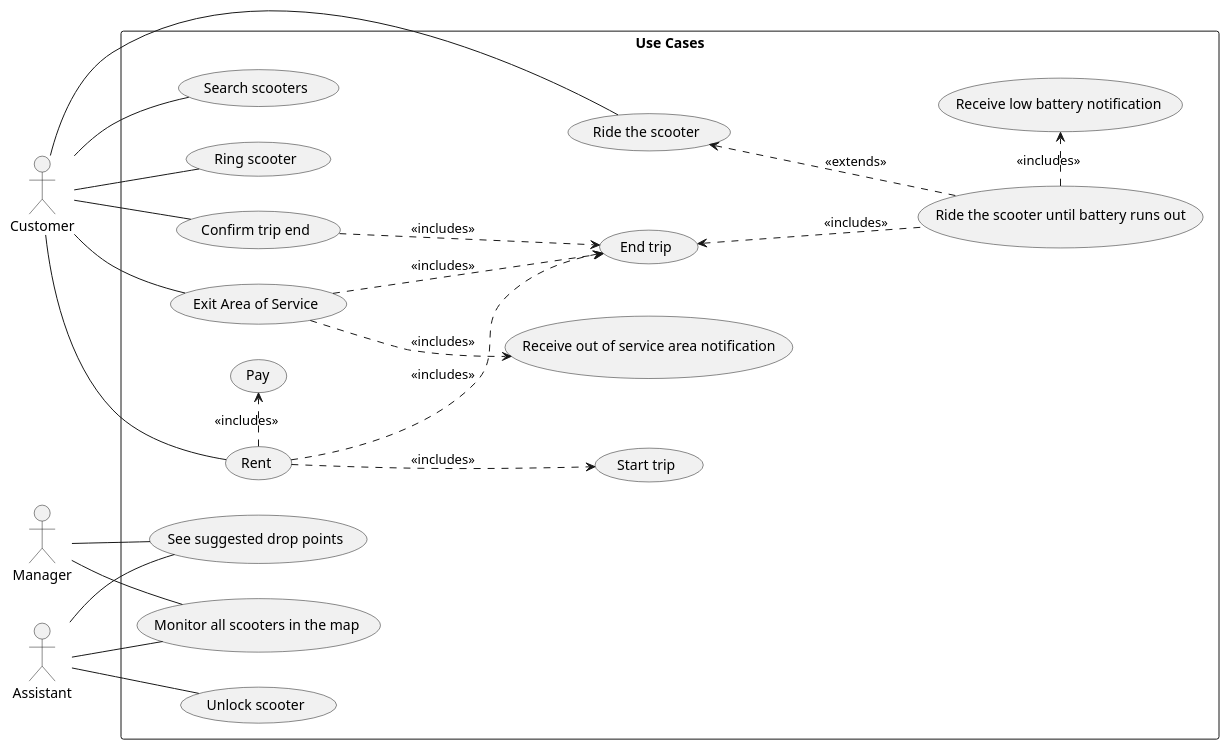
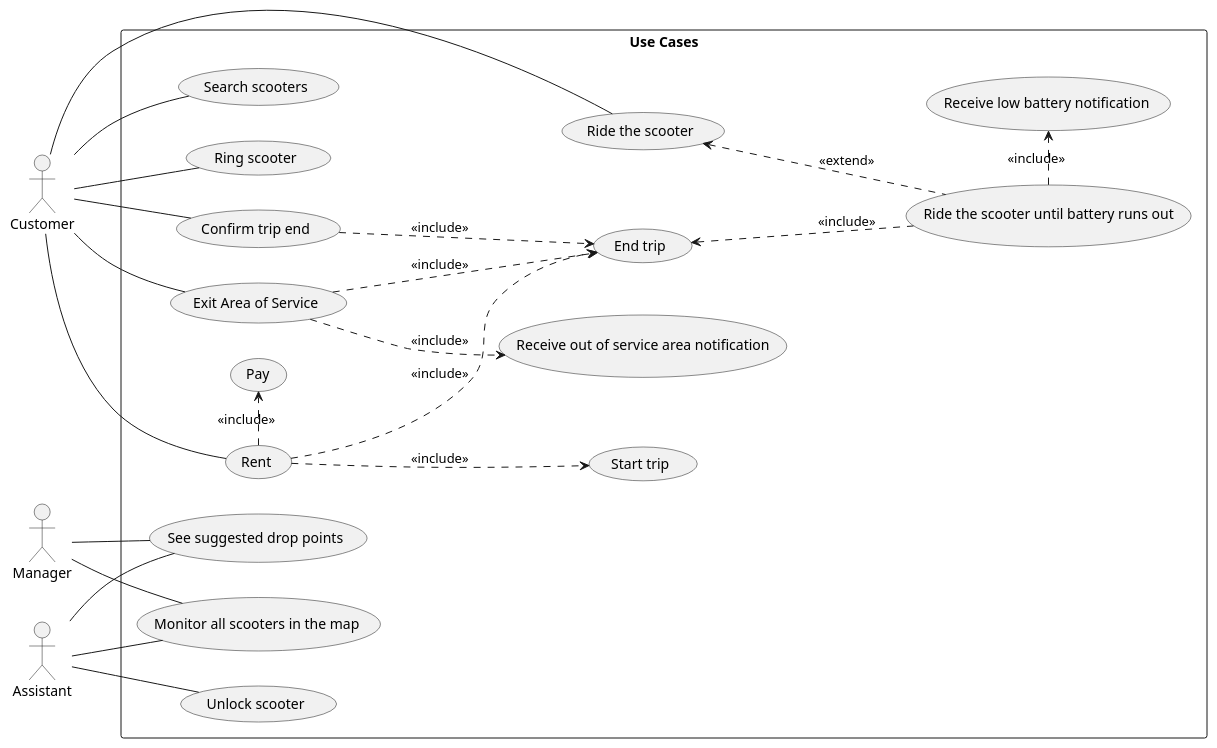
One commit to e-scooter-2077/documentation changed the first of 2 diagrams in Use Cases.md. Above: the diagram before and after it, drawn with PlantUML.

Commit message:
Fix stereotypes

````diff
--- a/Use Cases.md
+++ b/Use Cases.md
@@ -43,48 +43,48 @@
 ```plantuml
 @startuml
 left to right direction
 actor "Customer" as c
 actor "Manager" as m
 actor "Assistant" as a
 rectangle "Use Cases" {
     usecase "Rent" as rent
     usecase "Pay" as pay
     usecase "Search scooters" as search 
     usecase "Ring scooter" as ring
     usecase "Unlock scooter" as unlock
     usecase "Start trip" as start_trip
     usecase "Confirm trip end" as confirm_end
     usecase "End trip" as end_trip
     usecase "Exit Area of Service" as exit_area
     usecase "Ride the scooter" as ride
     usecase "Ride the scooter until battery runs out" as ride_lot
     usecase "Receive low battery notification" as battery_notification
     usecase "Receive out of service area notification" as area_notification
     usecase "Monitor all scooters in the map" as monitor
     usecase "See suggested drop points" as see_points
 
-    confirm_end .down.> end_trip : <<includes>>
-    exit_area .down.> end_trip : <<includes>>
-    exit_area .down.> area_notification : <<includes>>
-    ride_lot .up.> ride : <<extends>>
-    ride_lot .up.> end_trip : <<includes>>
-    rent .down.> start_trip : <<includes>>
-    rent .down.> end_trip : <<includes>>
-    rent .> pay : <<includes>>
-    ride_lot .> battery_notification : <<includes>>
+    confirm_end .down.> end_trip : <<include>>
+    exit_area .down.> end_trip : <<include>>
+    exit_area .down.> area_notification : <<include>>
+    ride_lot .up.> ride : <<extend>>
+    ride_lot .up.> end_trip : <<include>>
+    rent .down.> start_trip : <<include>>
+    rent .down.> end_trip : <<include>>
+    rent .> pay : <<include>>
+    ride_lot .> battery_notification : <<include>>
 }
 c -- search
 c -- ring
 c -- rent
 c -- confirm_end
 c -- exit_area
 c -- ride
 
 m -- monitor
 m -- see_points
 
 a -- monitor
 a -- see_points
 a -- unlock
 @enduml
 ```
````
